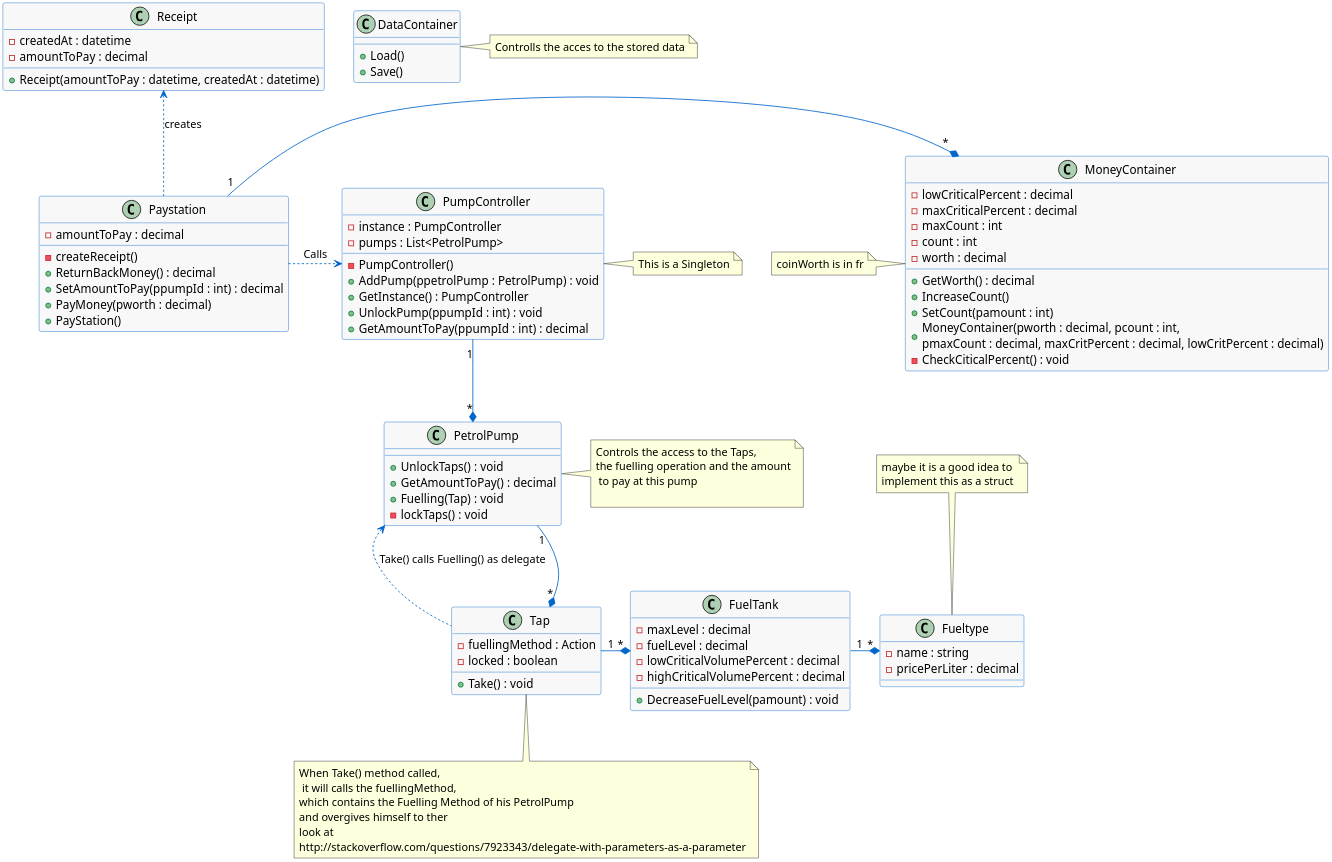
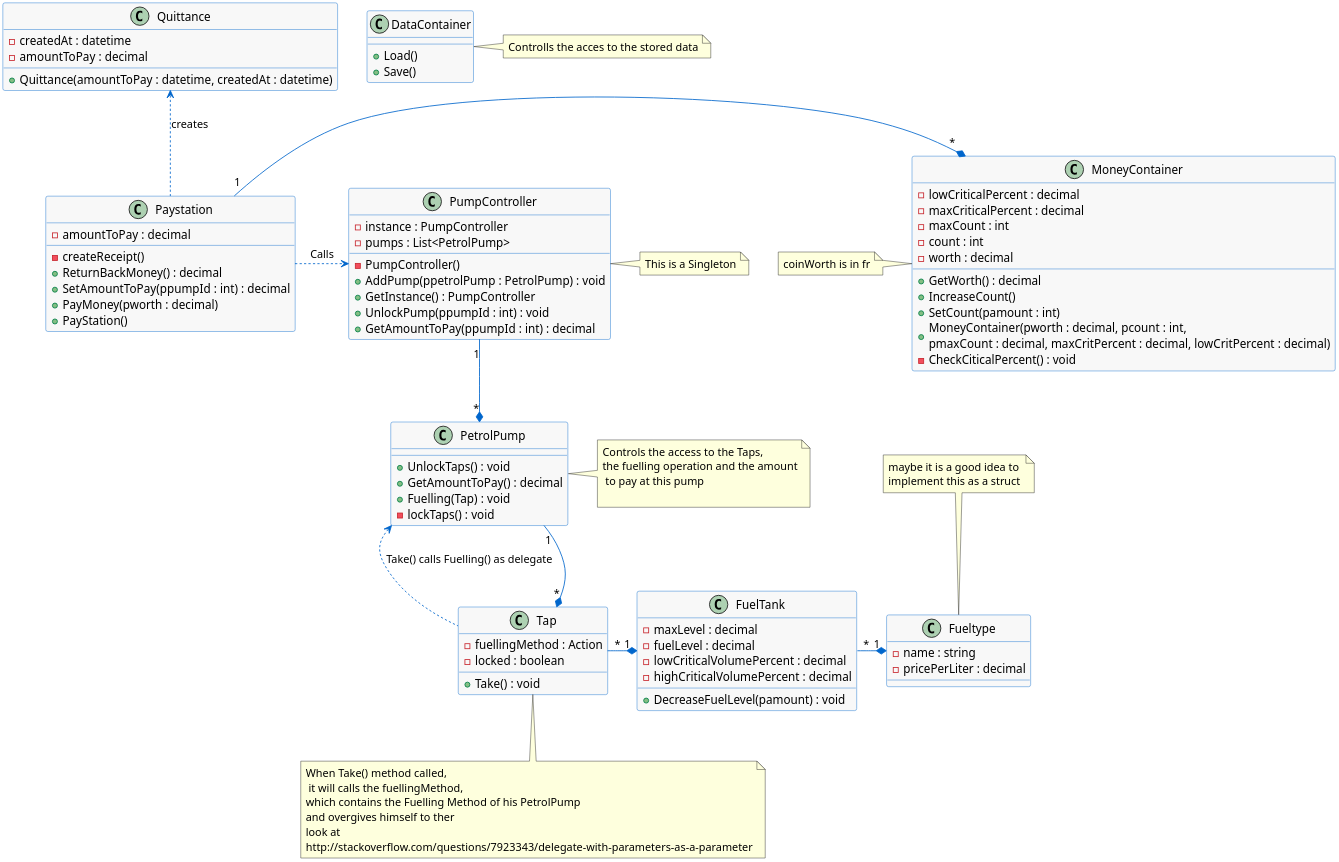
The diagram in Documentation/Diagrams/Businesslogic_class.pu (OddisJungs/PetrolStation), drawn with PlantUML before and after one commit. The commit also changed 1 other file, not shown here.

Commit message:
Erste Überarbeitung UML
Bei Besprechung noch kleine Fehler gefunden.

```diff
--- a/Documentation/Diagrams/Businesslogic_class.pu
+++ b/Documentation/Diagrams/Businesslogic_class.pu
@@ -1,92 +1,92 @@
 @startuml
 skinparam dpi 250
 skinparam classBackgroundColor #F8F8F8
 skinparam classBorderColor #0066CC
 skinparam classArrowColor #0066CC
 
 class Paystation {
   	- amountToPay : decimal
   	- createReceipt()
   	+ ReturnBackMoney() : decimal
   	+ SetAmountToPay(ppumpId : int) : decimal
   	+ PayMoney(pworth : decimal)
   	+ PayStation()
 }
 
 class PetrolPump {
 	+ UnlockTaps() : void
 	+ GetAmountToPay() : decimal
 	+ Fuelling(Tap) : void
 	- lockTaps() : void
 }
 note right : Controls the access to the Taps,\nthe fuelling operation and the amount\n to pay at this pump\n 
 
 class Tap {
     - fuellingMethod : Action
 	- locked : boolean
 	+ Take() : void
 }
 note bottom: When Take() method called,\n it will calls the fuellingMethod,\nwhich contains the Fuelling Method of his PetrolPump \nand overgives himself to ther\nlook at \nhttp://stackoverflow.com/questions/7923343/delegate-with-parameters-as-a-parameter
 
 class FuelTank {
 	- maxLevel : decimal
 	- fuelLevel : decimal
 	- lowCriticalVolumePercent : decimal
 	- highCriticalVolumePercent : decimal
 	+ DecreaseFuelLevel(pamount) : void 
 }
 
 class Fueltype {
 	- name : string
 	- pricePerLiter : decimal
 }
 note top : maybe it is a good idea to \nimplement this as a struct
 
-class Receipt {
+class Quittance {
 	- createdAt : datetime
 	- amountToPay : decimal
-	+ Receipt(amountToPay : datetime, createdAt : datetime)
+	+ Quittance(amountToPay : datetime, createdAt : datetime)
 }
 
 class PumpController {
 	- instance : PumpController
 	- pumps : List<PetrolPump>
 	- PumpController()
 	+ AddPump(ppetrolPump : PetrolPump) : void
 	+ GetInstance() : PumpController
 	+ UnlockPump(ppumpId : int) : void
 	+ GetAmountToPay(ppumpId : int) : decimal
 }
 note right: This is a Singleton
 
 class MoneyContainer {
   - lowCriticalPercent : decimal
   - maxCriticalPercent : decimal
   - maxCount : int
   - count : int
   - worth : decimal
   + GetWorth() : decimal
   + IncreaseCount()
   + SetCount(pamount : int)
   + MoneyContainer(pworth : decimal, pcount : int,\npmaxCount : decimal, maxCritPercent : decimal, lowCritPercent : decimal)
   - CheckCiticalPercent() : void
   
 }
 note left: coinWorth is in fr
 
 class DataContainer {
 	+ Load()
 	+ Save()
 }
 note right: Controlls the acces to the stored data
 
 PumpController "1" --* "*" PetrolPump
 Paystation ...right....> PumpController : Calls
 Paystation "1" -right-* "*" MoneyContainer
-Paystation .up.> Receipt : creates
+Paystation .up.> Quittance : creates
 PetrolPump "1" --* "*" Tap
-Tap "1" -right-* "*" FuelTank
-FuelTank "1" -right-* "*" Fueltype
+Tap "*" -right-* "1" FuelTank
+FuelTank "*" -right-* "1" Fueltype
 
 Tap .up.> PetrolPump : Take() calls Fuelling() as delegate
 @enduml 
```
